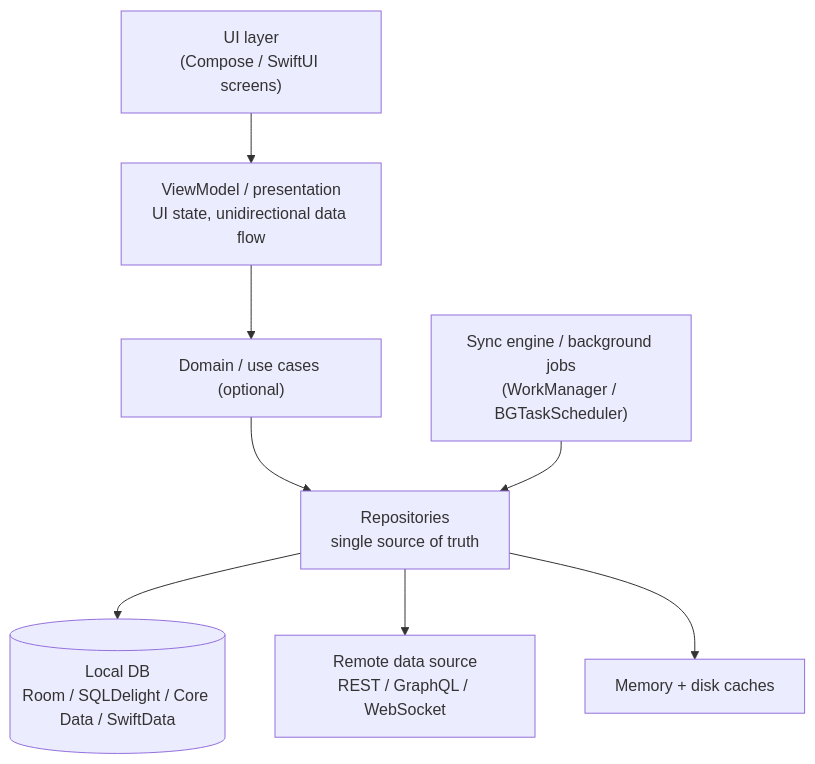
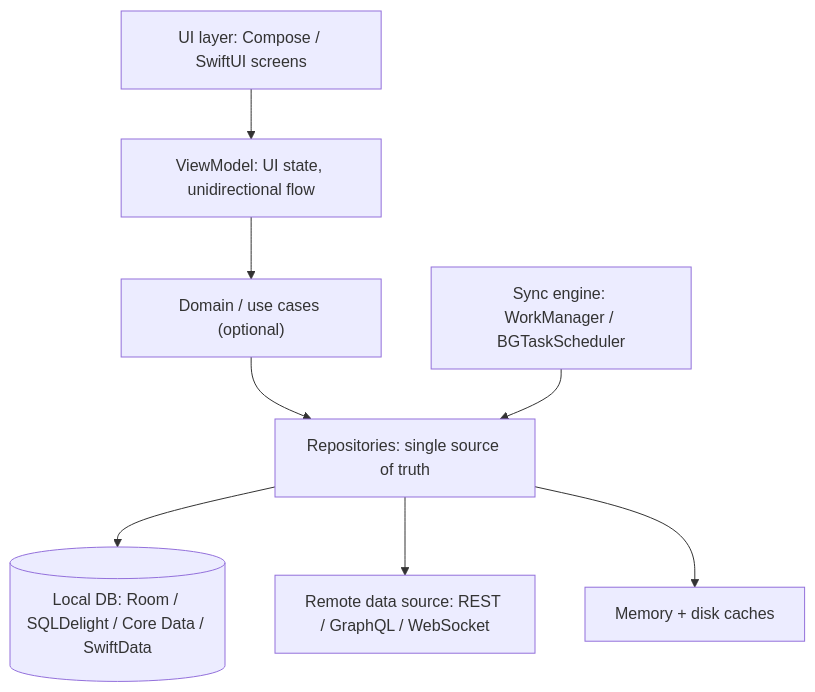
One commit to AkshayAshokCode/System-Design-Interview-Questions-and-Answers changed the first of 10 diagrams in topics/19-mobile-system-design.md. Above: the diagram before and after it, drawn with Mermaid. The commit also changed other lines of this file and 14 other files, not shown here.

````diff
--- a/topics/19-mobile-system-design.md
+++ b/topics/19-mobile-system-design.md
@@ -34,10 +60,10 @@
 ```mermaid
 flowchart TD
-    UI["UI layer<br/>(Compose / SwiftUI screens)"] --> VM["ViewModel / presentation<br/>UI state, unidirectional data flow"]
+    UI["UI layer: Compose / SwiftUI screens"] --> VM["ViewModel: UI state, unidirectional flow"]
     VM --> UC["Domain / use cases (optional)"]
-    UC --> REPO["Repositories<br/>single source of truth"]
-    REPO --> LOCAL[("Local DB<br/>Room / SQLDelight / Core Data / SwiftData")]
-    REPO --> REMOTE["Remote data source<br/>REST / GraphQL / WebSocket"]
+    UC --> REPO["Repositories: single source of truth"]
+    REPO --> LOCAL[("Local DB: Room / SQLDelight / Core Data / SwiftData")]
+    REPO --> REMOTE["Remote data source: REST / GraphQL / WebSocket"]
     REPO --> CACHE["Memory + disk caches"]
-    SYNC["Sync engine / background jobs<br/>(WorkManager / BGTaskScheduler)"] --> REPO
+    SYNC["Sync engine: WorkManager / BGTaskScheduler"] --> REPO
 ```
````
